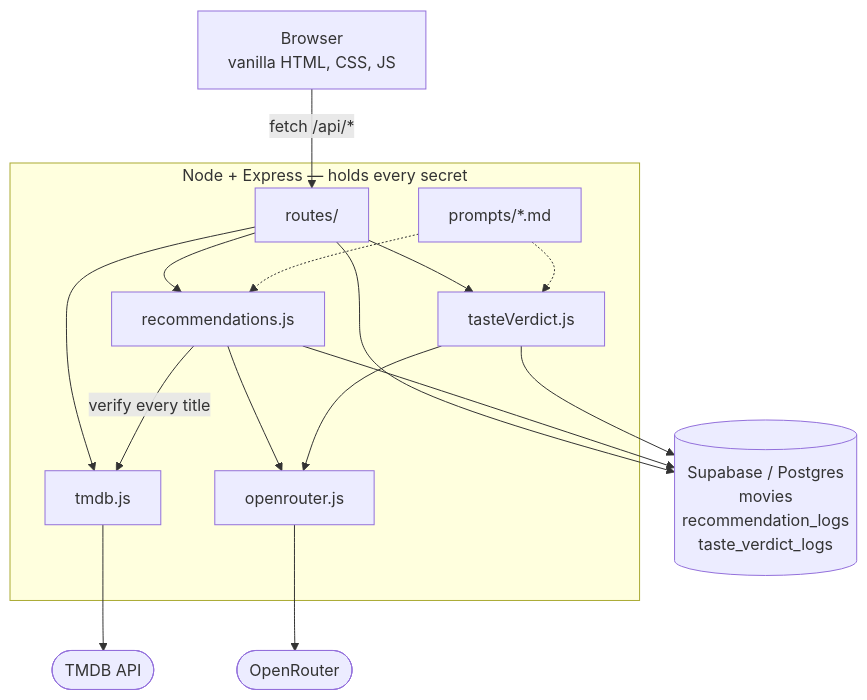
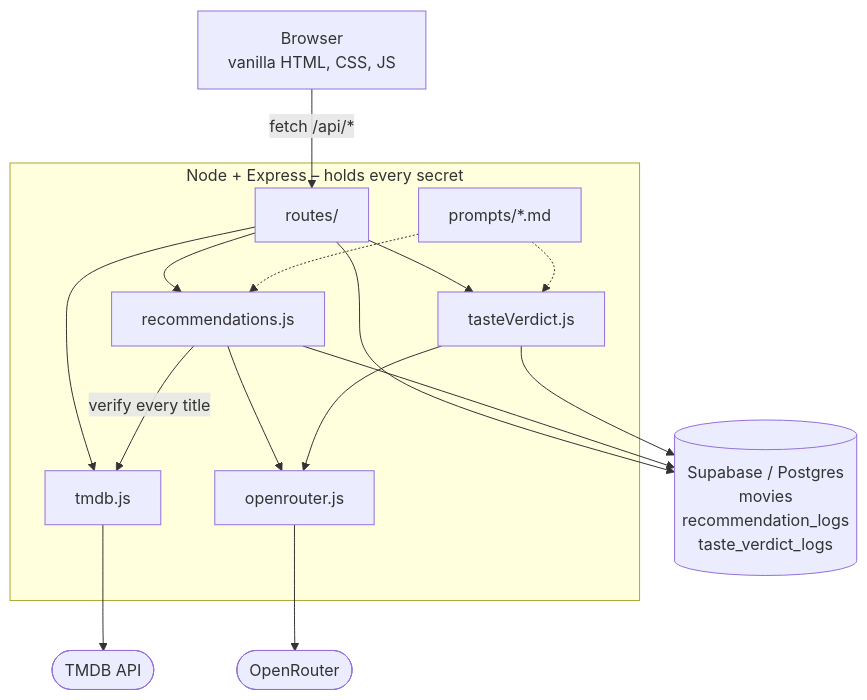
One commit to guycn1/cinerank-project changed the diagram in README.md. Above: the diagram before and after it, drawn with Mermaid. The commit also changed other lines of this file and 58 other files, not shown here.

````diff
--- a/README.md
+++ b/README.md
@@ -70,32 +70,32 @@
 ```mermaid
 flowchart TB
   B["Browser<br/>vanilla HTML, CSS, JS"]
 
-  subgraph SRV["Node + Express — holds every secret"]
+  subgraph SRV["Node + Express – holds every secret"]
     RT["routes/"]
     REC["recommendations.js"]
     TV["tasteVerdict.js"]
     TMS["tmdb.js"]
     ORS["openrouter.js"]
     PR["prompts/*.md"]
   end
 
   DB[("Supabase / Postgres<br/>movies<br/>recommendation_logs<br/>taste_verdict_logs")]
   TAPI(["TMDB API"])
   OAPI(["OpenRouter"])
 
   B -->|"fetch /api/*"| RT
   RT --> REC
   RT --> TV
   RT --> TMS
   PR -.-> REC
   PR -.-> TV
   REC -->|"verify every title"| TMS
   REC --> ORS
   TV --> ORS
   RT --> DB
   REC --> DB
   TV --> DB
   TMS --> TAPI
   ORS --> OAPI
 ```
````
